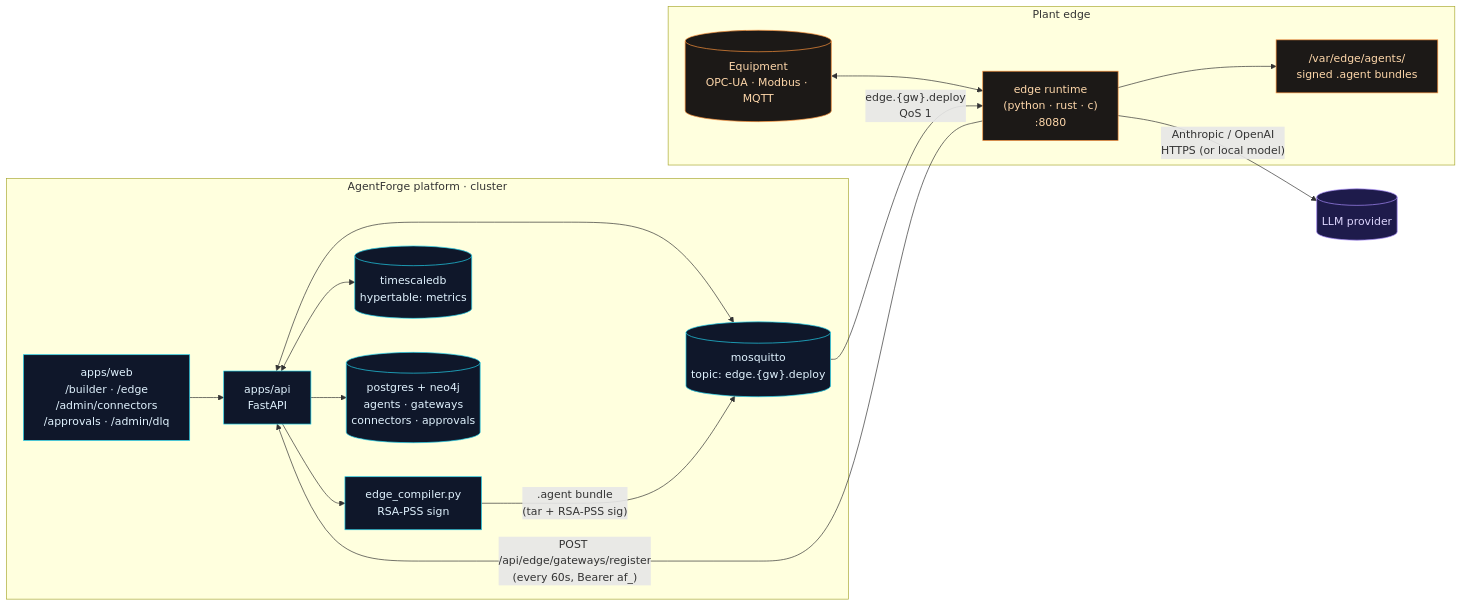
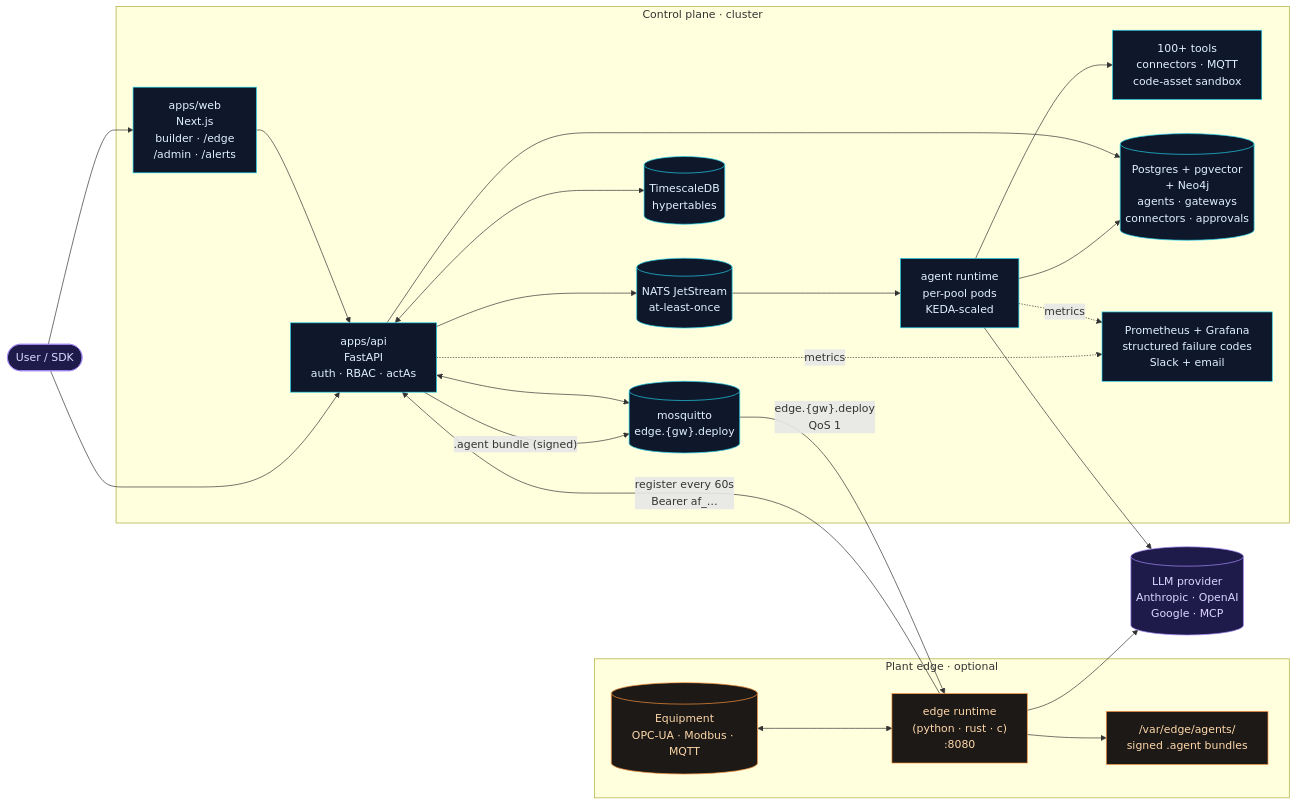
The first of 2 diagrams in README.md (sarkar4777/abenix), drawn with Mermaid before and after one commit. The commit also changed other lines of this file and 1 other file, not shown here.

````diff
--- a/README.md
+++ b/README.md
@@ -64,37 +129,44 @@
 ```mermaid
 flowchart LR
-    subgraph CTRL["AgentForge platform · cluster"]
-        WEB["apps/web<br/>/builder · /edge<br/>/admin/connectors<br/>/approvals · /admin/dlq"]
-        API["apps/api<br/>FastAPI"]
-        COMP["edge_compiler.py<br/>RSA-PSS sign"]
-        MQTT[("mosquitto<br/>topic: edge.{gw}.deploy")]
-        TSDB[("timescaledb<br/>hypertable: metrics")]
-        DB[("postgres + neo4j<br/>agents · gateways<br/>connectors · approvals")]
-        WEB --> API
-        API --> COMP
+    subgraph CTRL["Control plane · cluster"]
+        WEB["apps/web<br/>Next.js<br/>builder · /edge<br/>/admin · /alerts"]
+        API["apps/api<br/>FastAPI<br/>auth · RBAC · actAs"]
+        EXEC["agent runtime<br/>per-pool pods<br/>KEDA-scaled"]
+        TOOLS["100+ tools<br/>connectors · MQTT<br/>code-asset sandbox"]
+        DB[("Postgres + pgvector<br/>+ Neo4j<br/>agents · gateways<br/>connectors · approvals")]
+        MQ[("mosquitto<br/>edge.{gw}.deploy")]
+        TSDB[("TimescaleDB<br/>hypertables")]
+        NATS[("NATS JetStream<br/>at-least-once")]
+        OBS["Prometheus + Grafana<br/>structured failure codes<br/>Slack + email"]
+        WEB --> API --> NATS --> EXEC --> TOOLS
         API --> DB
-        API <--> MQTT
+        EXEC --> DB
+        API <--> MQ
         API <--> TSDB
+        EXEC -.metrics.-> OBS
+        API -.metrics.-> OBS
     end
 
-    subgraph EDGE["Plant edge"]
+    subgraph EDGE["Plant edge · optional"]
         RT["edge runtime<br/>(python · rust · c)<br/>:8080"]
         BUNDLES["/var/edge/agents/<br/>signed .agent bundles"]
         EQUIP[("Equipment<br/>OPC-UA · Modbus · MQTT")]
-        RT --> BUNDLES
-        EQUIP <--> RT
+        EQUIP <--> RT --> BUNDLES
     end
 
-    COMP -- ".agent bundle<br/>(tar + RSA-PSS sig)" --> MQTT
-    MQTT -- "edge.{gw}.deploy<br/>QoS 1" --> RT
-    RT -- "POST /api/edge/gateways/register<br/>(every 60s, Bearer af_)" --> API
-    RT -- "Anthropic / OpenAI<br/>HTTPS (or local model)" --> LLM[("LLM provider")]
+    USER([User / SDK]) --> WEB
+    USER --> API
+    EXEC --> LLM[("LLM provider<br/>Anthropic · OpenAI<br/>Google · MCP")]
+    API -- ".agent bundle (signed)" --> MQ
+    MQ -- "edge.{gw}.deploy<br/>QoS 1" --> RT
+    RT -- "register every 60s<br/>Bearer af_…" --> API
+    RT --> LLM
 
     classDef ctl fill:#0f172a,stroke:#22d3ee,color:#e0f2fe;
     classDef edge fill:#1c1917,stroke:#fb923c,color:#fed7aa;
     classDef ext fill:#1e1b4b,stroke:#a78bfa,color:#ddd6fe;
-    class WEB,API,COMP ctl;
-    class MQTT,TSDB,DB ctl;
+    class WEB,API,EXEC,TOOLS ctl;
+    class DB,MQ,TSDB,NATS,OBS ctl;
     class RT,BUNDLES,EQUIP edge;
-    class LLM ext;
+    class LLM,USER ext;
 ```
````
